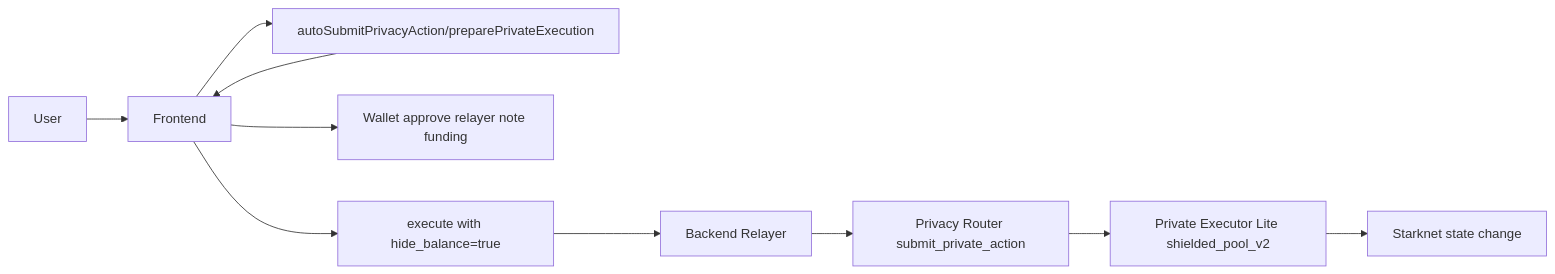
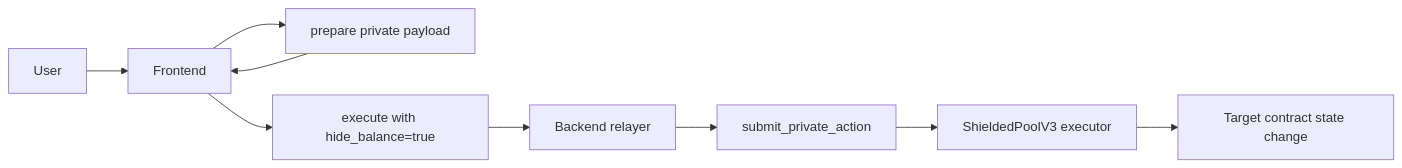
Before and after one commit to ntfound-dev/zkcarel_protocol: the third of 3 diagrams in frontend/README.md, drawn with Mermaid. The commit also changed other lines of this file and 25 other files, not shown here.

````diff
--- a/frontend/README.md
+++ b/frontend/README.md
@@ -137,12 +76,11 @@
 ```mermaid
 flowchart LR
   U[User] --> FE[Frontend]
-  FE --> API[autoSubmitPrivacyAction/preparePrivateExecution]
-  API --> FE
-  FE --> W[Wallet approve relayer note funding]
+  FE --> API1[prepare private payload]
+  API1 --> FE
   FE --> API2[execute with hide_balance=true]
-  API2 --> RELAYER[Backend Relayer]
-  RELAYER --> PR[Privacy Router submit_private_action]
-  PR --> PE[Private Executor Lite shielded_pool_v2]
-  PE --> CHAIN[Starknet state change]
+  API2 --> RELAYER[Backend relayer]
+  RELAYER --> ZK[submit_private_action]
+  ZK --> EXEC[ShieldedPoolV3 executor]
+  EXEC --> CHAIN[Target contract state change]
 ```
````
